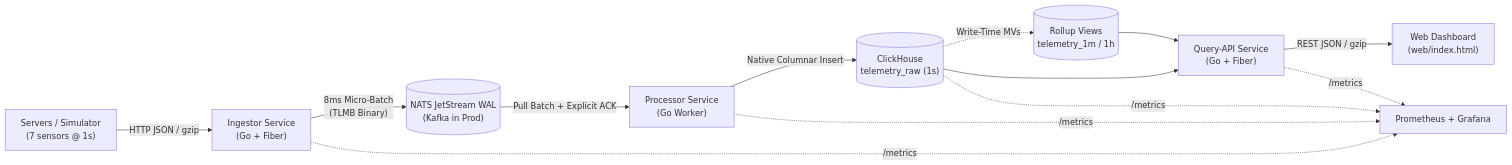
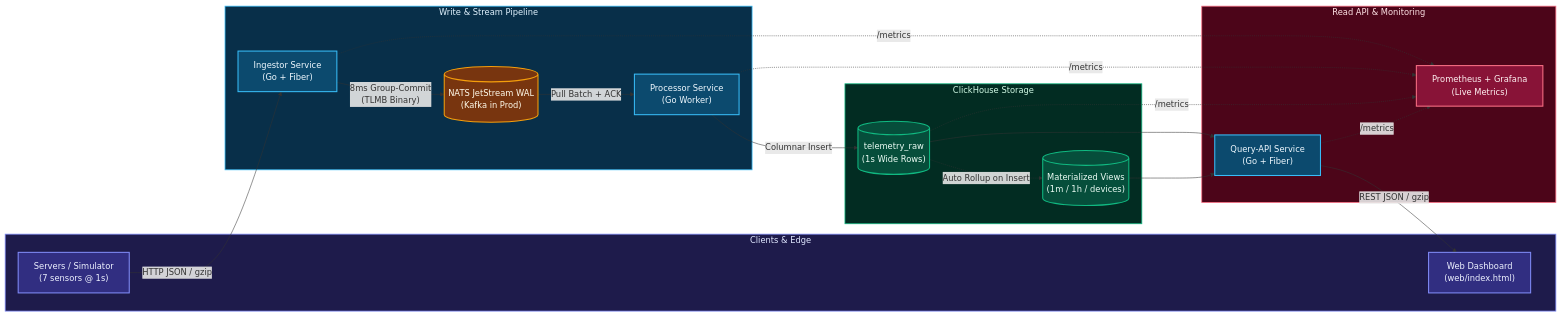
Before and after one commit to DanialV/telemetry: the first of 2 diagrams in docs/ARCHITECTURE.md, drawn with Mermaid. The commit also changed other lines of this file and 1 other file, not shown here.

Commit message:
Improve architecture diagrams and doc styling

````diff
--- a/docs/ARCHITECTURE.md
+++ b/docs/ARCHITECTURE.md
@@ -7,12 +16,50 @@
 ```mermaid
 flowchart LR
-    Dev["Servers / Simulator<br/>(7 sensors @ 1s)"] -- "HTTP JSON / gzip" --> Ing["Ingestor Service<br/>(Go + Fiber)"]
-    Ing -- "8ms Micro-Batch<br/>(TLMB Binary)" --> Broker[("NATS JetStream WAL<br/>(Kafka in Prod)")]
-    Broker -- "Pull Batch + Explicit ACK" --> Proc["Processor Service<br/>(Go Worker)"]
-    Proc -- "Native Columnar Insert" --> CH[("ClickHouse<br/>telemetry_raw (1s)")]
-    CH -. "Write-Time MVs" .-> MV[("Rollup Views<br/>telemetry_1m / 1h")]
-    MV --> QAPI["Query-API Service<br/>(Go + Fiber)"]
+    subgraph Clients["Clients & Edge"]
+        Dev["Servers / Simulator\n(7 sensors @ 1s)"]
+        UI["Web Dashboard\n(web/index.html)"]
+    end
+
+    subgraph WritePath["Write & Stream Pipeline"]
+        Ing["Ingestor Service\n(Go + Fiber)"]
+        Broker[("NATS JetStream WAL\n(Kafka in Prod)")]
+        Proc["Processor Service\n(Go Worker)"]
+    end
+
+    subgraph Storage["ClickHouse Storage"]
+        CH[("telemetry_raw\n(1s Wide Rows)")]
+        MV[("Materialized Views\n(1m / 1h / devices)")]
+    end
+
+    subgraph ReadObs["Read API & Monitoring"]
+        QAPI["Query-API Service\n(Go + Fiber)"]
+        Prom["Prometheus + Grafana\n(Live Metrics)"]
+    end
+
+    Dev -- "HTTP JSON / gzip" --> Ing
+    Ing -- "8ms Group-Commit\n(TLMB Binary)" --> Broker
+    Broker -- "Pull Batch + ACK" --> Proc
+    Proc -- "Columnar Insert" --> CH
+    CH -. "Auto Rollup on Insert" .-> MV
+    MV --> QAPI
     CH --> QAPI
-    QAPI -- "REST JSON / gzip" --> UI["Web Dashboard<br/>(web/index.html)"]
-    Ing & Proc & QAPI & CH -. "/metrics" .-> Prom["Prometheus + Grafana"]
+    QAPI -- "REST JSON / gzip" --> UI
+    Ing & Proc & QAPI & CH -. "/metrics" .-> Prom
+
+    classDef client fill:#312e81,stroke:#818cf8,stroke-width:2px,color:#eef2ff
+    classDef service fill:#0c4a6e,stroke:#38bdf8,stroke-width:2px,color:#f0f9ff
+    classDef broker fill:#78350f,stroke:#f59e0b,stroke-width:2px,color:#fffbeb
+    classDef storage fill:#064e3b,stroke:#10b981,stroke-width:2px,color:#ecfdf5
+    classDef obs fill:#881337,stroke:#fb7185,stroke-width:2px,color:#fff1f2
+
+    class Dev,UI client
+    class Ing,Proc,QAPI service
+    class Broker broker
+    class CH,MV storage
+    class Prom obs
+
+    style Clients fill:#1e1b4b,stroke:#818cf8,stroke-width:1.5px,color:#e0e7ff
+    style WritePath fill:#082f49,stroke:#38bdf8,stroke-width:1.5px,color:#e0f2fe
+    style Storage fill:#022c22,stroke:#10b981,stroke-width:1.5px,color:#d1fae5
+    style ReadObs fill:#4c0519,stroke:#fb7185,stroke-width:1.5px,color:#ffe4e6
 ```
````
